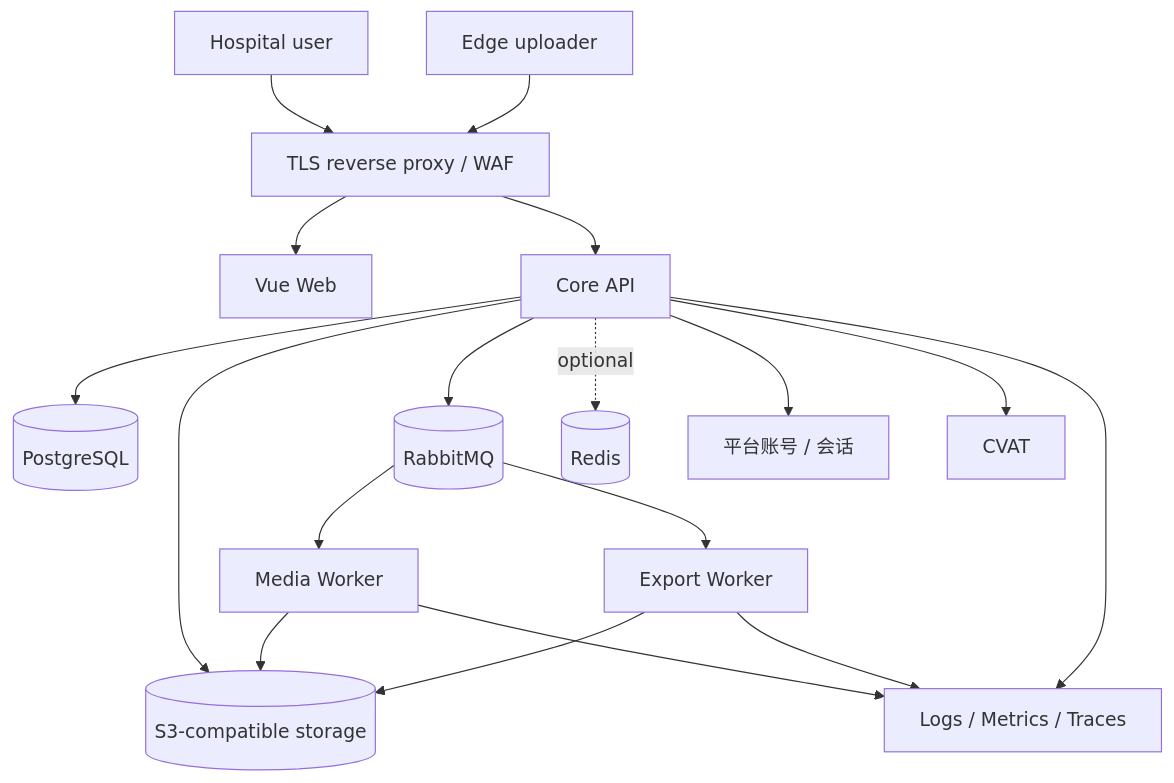
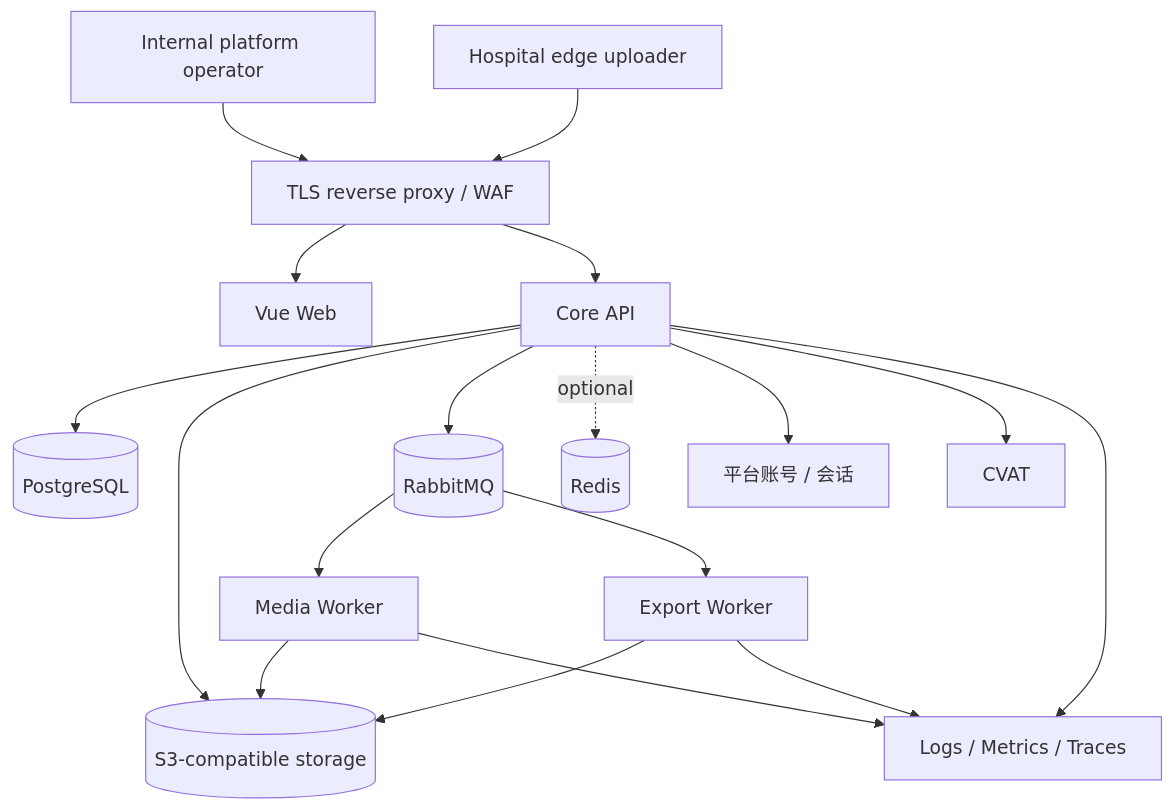
Before and after one commit to Soberis/medication-video-platform: the diagram in docs/architecture/deployment-capacity-and-dr.md, drawn with Mermaid. The commit also changed other lines of this file and 8 other files, not shown here.

````diff
--- a/docs/architecture/deployment-capacity-and-dr.md
+++ b/docs/architecture/deployment-capacity-and-dr.md
@@ -67,20 +67,20 @@
 ```mermaid
 flowchart TB
-    U["Hospital user"] --> RP["TLS reverse proxy / WAF"]
-    E["Edge uploader"] --> RP
+    U["Internal platform operator"] --> RP["TLS reverse proxy / WAF"]
+    E["Hospital edge uploader"] --> RP
     RP --> WEB["Vue Web"]
     RP --> API["Core API"]
     API --> PG[(PostgreSQL)]
     API --> S3[(S3-compatible storage)]
     API --> MQ[(RabbitMQ)]
     API -. optional .-> REDIS[(Redis)]
     API --> ACCOUNT["平台账号 / 会话"]
     API --> CVAT["CVAT"]
     MQ --> MW["Media Worker"]
     MQ --> EW["Export Worker"]
     MW --> S3
     EW --> S3
     API --> OBS["Logs / Metrics / Traces"]
     MW --> OBS
     EW --> OBS
 ```
````
